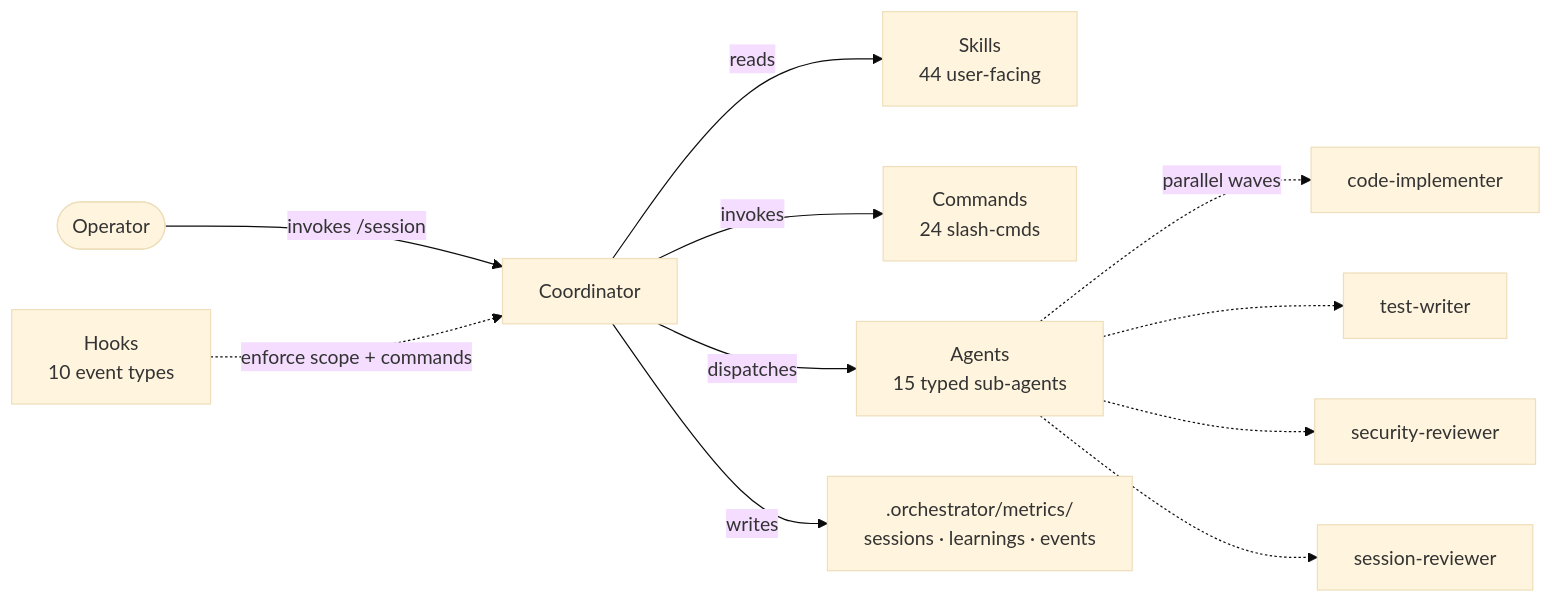
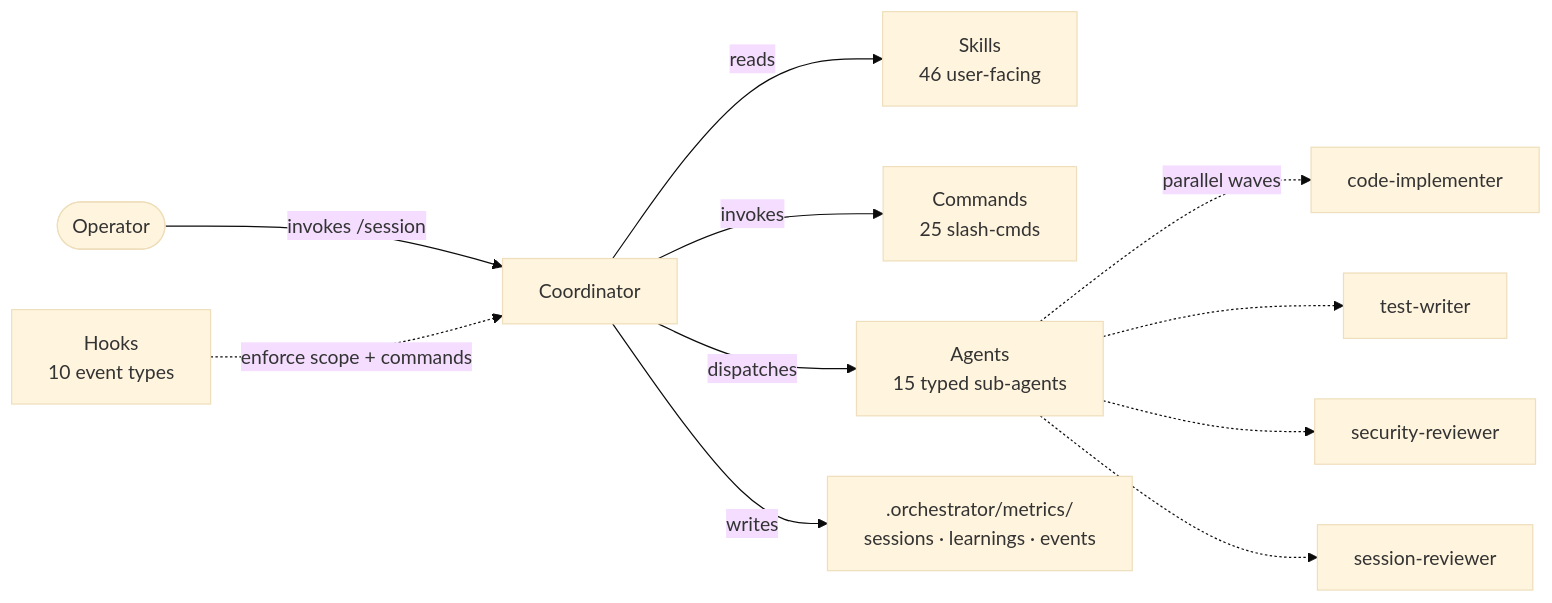
The diagram in docs/components.md (Kanevry/session-orchestrator), drawn with Mermaid (base theme) before and after one commit. The commit also changed other lines of this file and 3 other files, not shown here.

````diff
--- a/docs/components.md
+++ b/docs/components.md
@@ -7,13 +7,13 @@
 ```mermaid
 flowchart LR
     USER([Operator]) -->|invokes /session| COORD[Coordinator]
-    COORD -->|reads| SK[Skills<br/>44 user-facing]
-    COORD -->|invokes| CMD[Commands<br/>24 slash-cmds]
+    COORD -->|reads| SK[Skills<br/>46 user-facing]
+    COORD -->|invokes| CMD[Commands<br/>25 slash-cmds]
     COORD -->|dispatches| AG[Agents<br/>15 typed sub-agents]
     AG -.->|parallel waves| W1[code-implementer]
     AG -.-> W2[test-writer]
     AG -.-> W3[security-reviewer]
     AG -.-> W4[session-reviewer]
     HOOK[Hooks<br/>10 event types] -.->|enforce scope + commands| COORD
     COORD -->|writes| METRIC[.orchestrator/metrics/<br/>sessions · learnings · events]
 ```
````
